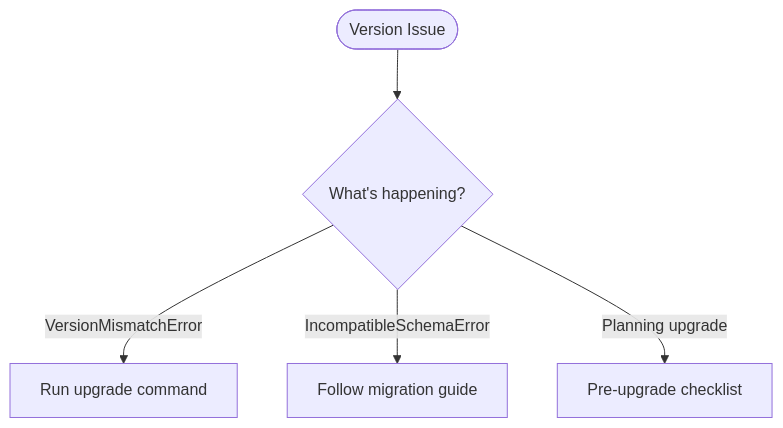
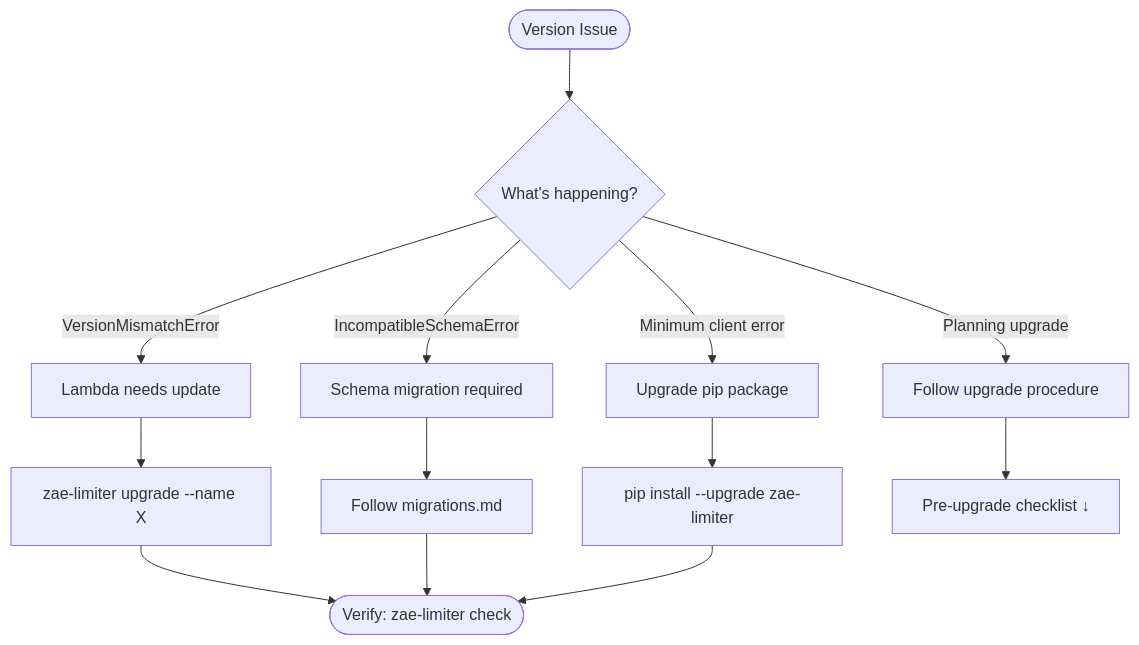
One commit to zeroae/zae-limiter changed the first of 3 diagrams in .claude/plans/issue-37-operational-runbooks.md. Above: the diagram before and after it, drawn with Mermaid. The commit also changed other lines of this file, not shown here.

````diff
--- a/.claude/plans/issue-37-operational-runbooks.md
+++ b/.claude/plans/issue-37-operational-runbooks.md
@@ -86,7 +119,19 @@
 ```mermaid
 flowchart TD
     START([Version Issue]) --> Q1{What's happening?}
-    Q1 -->|VersionMismatchError| A1[Run upgrade command]
-    Q1 -->|IncompatibleSchemaError| A2[Follow migration guide]
-    Q1 -->|Planning upgrade| A3[Pre-upgrade checklist]
+
+    Q1 -->|VersionMismatchError| A1[Lambda needs update]
+    Q1 -->|IncompatibleSchemaError| A2[Schema migration required]
+    Q1 -->|Minimum client error| A3[Upgrade pip package]
+    Q1 -->|Planning upgrade| A4[Follow upgrade procedure]
+
+    A1 --> CMD1["zae-limiter upgrade --name X"]
+    A2 --> CMD2[Follow migrations.md]
+    A3 --> CMD3["pip install --upgrade zae-limiter"]
+    A4 --> PROC[Pre-upgrade checklist ↓]
+
+    CMD1 --> VERIFY
+    CMD2 --> VERIFY
+    CMD3 --> VERIFY
+    VERIFY([Verify: zae-limiter check])
 ```
````
